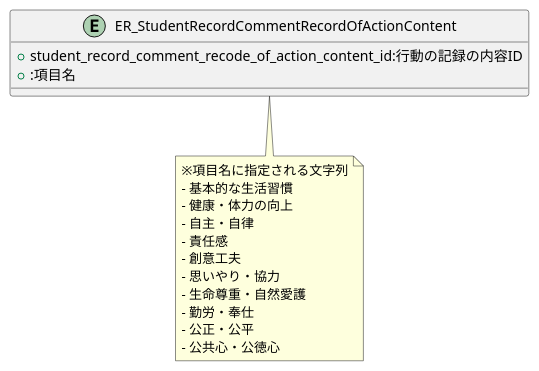
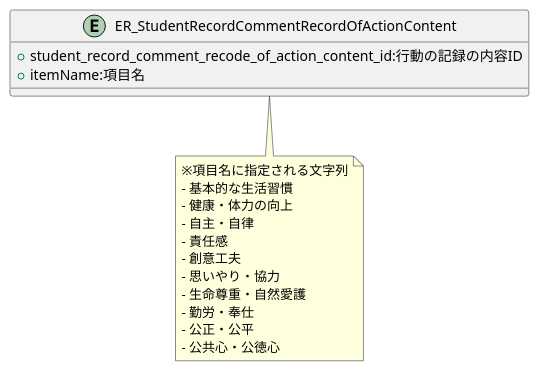
One commit to popoposorara/ERP_ER changed the diagram in Entity/ER_StudentRecordCommentRecordOfActionContent.pu. Above: the diagram before and after it, drawn with PlantUML. The commit also changed 25 other files, not shown here.

```diff
--- a/Entity/ER_StudentRecordCommentRecordOfActionContent.pu
+++ b/Entity/ER_StudentRecordCommentRecordOfActionContent.pu
@@ -1,22 +1,22 @@
 @startuml
 
 entity "ER_StudentRecordCommentRecordOfActionContent"{
     + student_record_comment_recode_of_action_content_id:行動の記録の内容ID
-    + :項目名
+    + itemName:項目名
 }
 
 note bottom
 ※項目名に指定される文字列
 - 基本的な生活習慣
 - 健康・体力の向上
 - 自主・自律
 - 責任感
 - 創意工夫
 - 思いやり・協力
 - 生命尊重・自然愛護
 - 勤労・奉仕
 - 公正・公平
 - 公共心・公徳心
 end note
 
 @enduml
```
